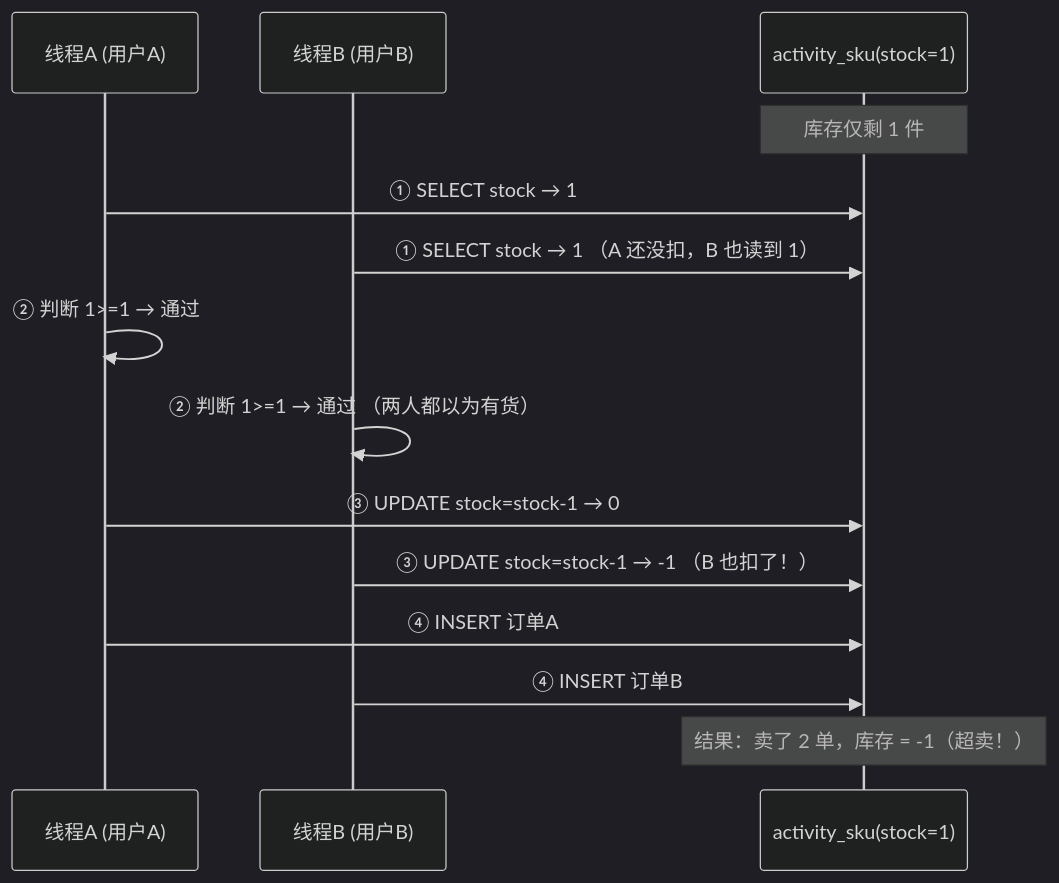
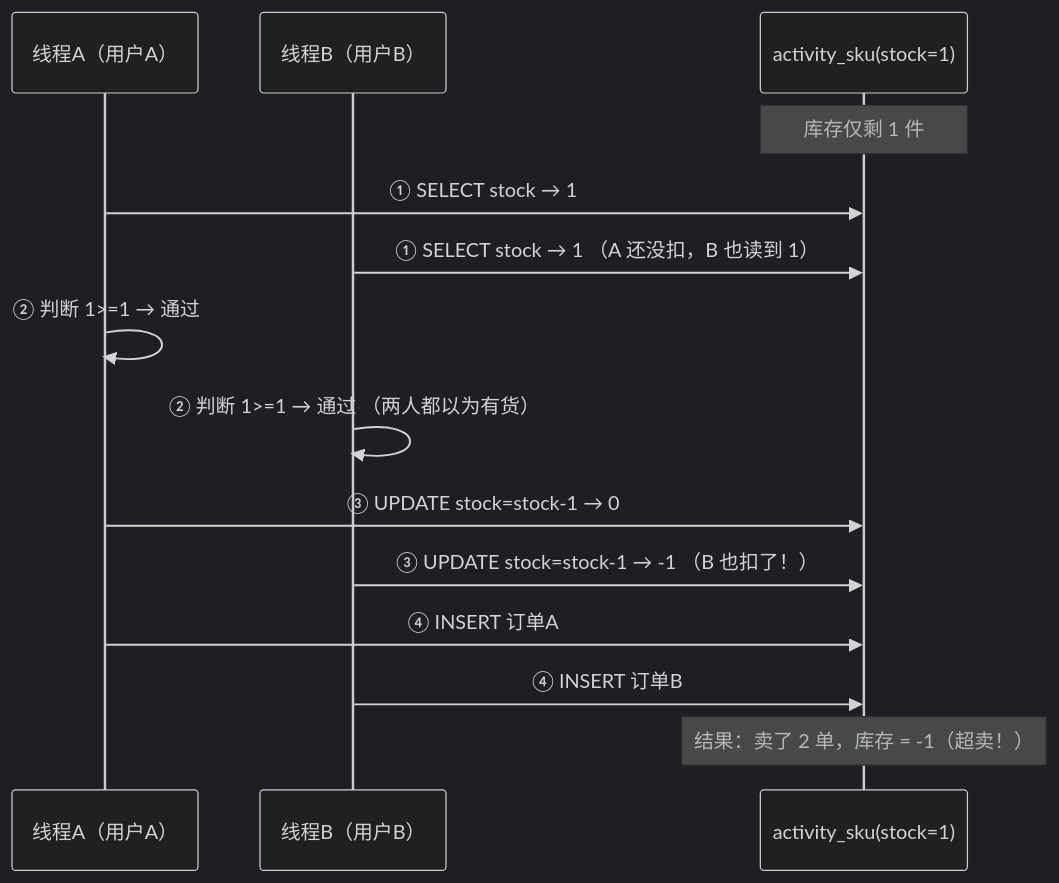
The diagram in specs/insightforge/tutorials/phase1.md (a805026135/insight-forge), drawn with Mermaid (dark theme) before and after one commit. The commit also changed other lines of this file and 2 other files, not shown here.

````diff
--- a/specs/insightforge/tutorials/phase1.md
+++ b/specs/insightforge/tutorials/phase1.md
@@ -217,17 +817,17 @@
 ```mermaid
 sequenceDiagram
-    participant T1 as 线程A (用户A)
-    participant T2 as 线程B (用户B)
+    participant A as 线程A（用户A）
+    participant B as 线程B（用户B）
     participant DB as activity_sku(stock=1)
 
     Note over DB: 库存仅剩 1 件
-    T1->>DB: ① SELECT stock → 1
-    T2->>DB: ① SELECT stock → 1   （A 还没扣，B 也读到 1）
-    T1->>T1: ② 判断 1>=1 → 通过
-    T2->>T2: ② 判断 1>=1 → 通过   （两人都以为有货）
-    T1->>DB: ③ UPDATE stock=stock-1 → 0
-    T2->>DB: ③ UPDATE stock=stock-1 → -1  （B 也扣了！）
-    T1->>DB: ④ INSERT 订单A
-    T2->>DB: ④ INSERT 订单B
+    A->>DB: ① SELECT stock → 1
+    B->>DB: ① SELECT stock → 1      （A 还没扣，B 也读到 1）
+    A->>A: ② 判断 1>=1 → 通过
+    B->>B: ② 判断 1>=1 → 通过        （两人都以为有货）
+    A->>DB: ③ UPDATE stock=stock-1 → 0
+    B->>DB: ③ UPDATE stock=stock-1 → -1   （B 也扣了！）
+    A->>DB: ④ INSERT 订单A
+    B->>DB: ④ INSERT 订单B
     Note over DB: 结果：卖了 2 单，库存 = -1（超卖！）
 ```
````
